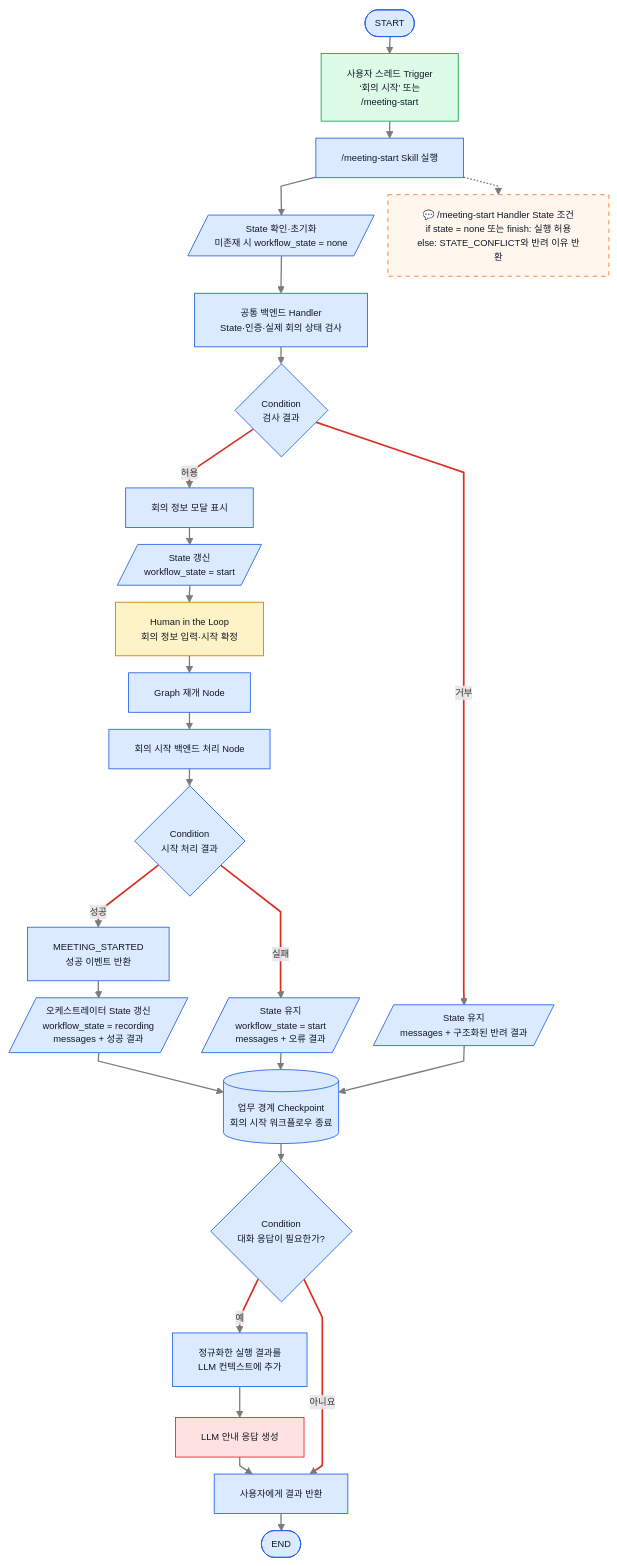
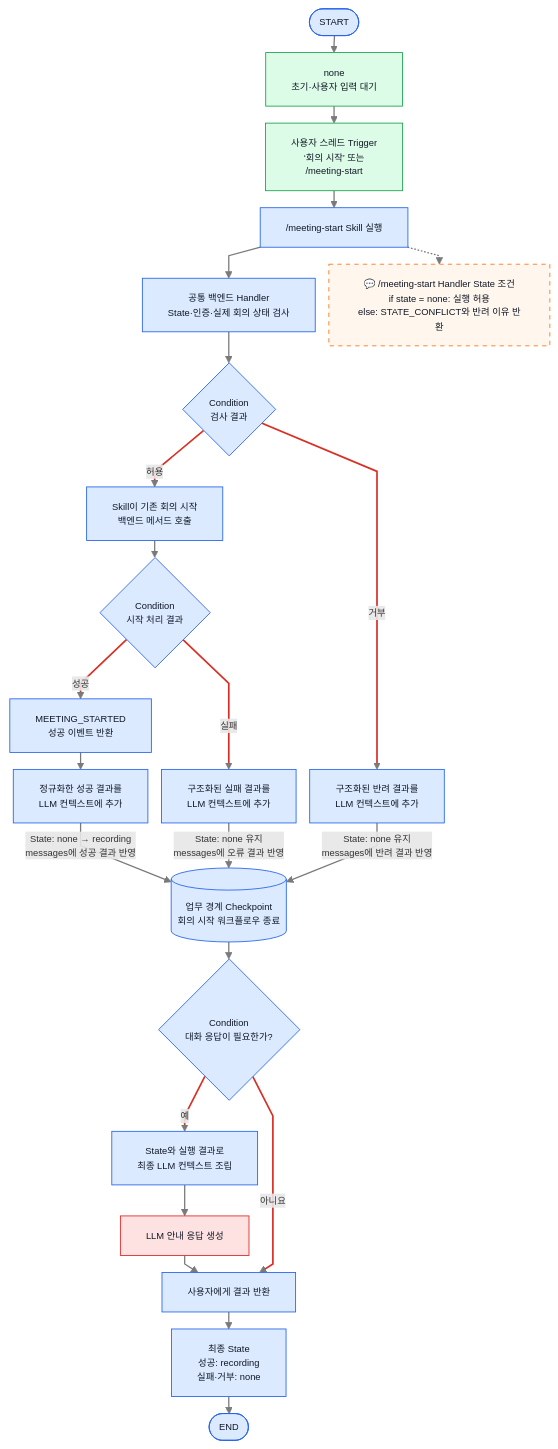
One commit to ericyum/Obsidian changed the fifth of 11 diagrams in ZENAI/에이전트 설계/회의록 에이전트 설계/1. 회의록 에이전트 워크플로우 graph 정의.md. Above: the diagram before and after it, drawn with Mermaid. The commit also changed other lines of this file and 6 other files, not shown here.

````diff
--- a/ZENAI/에이전트 설계/회의록 에이전트 설계/1. 회의록 에이전트 워크플로우 graph 정의.md
+++ b/ZENAI/에이전트 설계/회의록 에이전트 설계/1. 회의록 에이전트 워크플로우 graph 정의.md
@@ -146,41 +190,40 @@
 ```mermaid
 %%{init: {"flowchart": {"useMaxWidth": true, "nodeSpacing": 16, "rankSpacing": 20, "curve": "linear"}, "themeVariables": {"fontSize": "11px"}}}%%
 flowchart TB
-    S(["START"]) --> U["사용자 스레드 Trigger<br/>‘회의 시작’ 또는<br/>/meeting-start"]
+    S(["START"]) --> IS["none<br/>초기·사용자 입력 대기"]
+    IS --> U["사용자 스레드 Trigger<br/>‘회의 시작’ 또는<br/>/meeting-start"]
     U --> SK["/meeting-start Skill 실행"]
-    SK --> IN[/"State 확인·초기화<br/>미존재 시 workflow_state = none"/]
-    IN --> V["공통 백엔드 Handler<br/>State·인증·실제 회의 상태 검사"]
+    SK --> V["공통 백엔드 Handler<br/>State·인증·실제 회의 상태 검사"]
     V --> VC{"Condition<br/>검사 결과"}
-    VC -->|"허용"| M["회의 정보 모달 표시"]
-    VC -->|"거부"| ER[/"State 유지<br/>messages + 구조화된 반려 결과"/]
-    M --> ST1[/"State 갱신<br/>workflow_state = start"/]
-    ST1 --> H["Human in the Loop<br/>회의 정보 입력·시작 확정"]
-    H --> R["Graph 재개 Node"]
-    R --> B["회의 시작 백엔드 처리 Node"]
+    VC -->|"허용"| B["Skill이 기존 회의 시작<br/>백엔드 메서드 호출"]
+    VC -->|"거부"| CR["구조화된 반려 결과를<br/>LLM 컨텍스트에 추가"]
     B --> C{"Condition<br/>시작 처리 결과"}
     C -->|"성공"| EV["MEETING_STARTED<br/>성공 이벤트 반환"]
-    C -->|"실패"| ST3[/"State 유지<br/>workflow_state = start<br/>messages + 오류 결과"/]
-    EV --> ST2[/"오케스트레이터 State 갱신<br/>workflow_state = recording<br/>messages + 성공 결과"/]
-    ST2 --> CP[("업무 경계 Checkpoint<br/>회의 시작 워크플로우 종료")]
-    ST3 --> CP
-    ER --> CP
+    C -->|"실패"| CF["구조화된 실패 결과를<br/>LLM 컨텍스트에 추가"]
+    EV --> CS["정규화한 성공 결과를<br/>LLM 컨텍스트에 추가"]
+    CS -->|"State: none → recording<br/>messages에 성공 결과 반영"| CP[("업무 경계 Checkpoint<br/>회의 시작 워크플로우 종료")]
+    CF -->|"State: none 유지<br/>messages에 오류 결과 반영"| CP
+    CR -->|"State: none 유지<br/>messages에 반려 결과 반영"| CP
     CP --> NR{"Condition<br/>대화 응답이 필요한가?"}
-    NR -->|"예"| CX["정규화한 실행 결과를<br/>LLM 컨텍스트에 추가"]
+    NR -->|"예"| CX["State와 실행 결과로<br/>최종 LLM 컨텍스트 조립"]
     CX --> L["LLM 안내 응답 생성"]
     L --> OUT["사용자에게 결과 반환"]
     NR -->|"아니요"| OUT
-    OUT --> E(["END"])
-    SK -.-> N1["💬 /meeting-start Handler State 조건<br/>if state = none 또는 finish: 실행 허용<br/>else: STATE_CONFLICT와 반려 이유 반환"]
+    OUT --> FS["최종 State<br/>성공: recording<br/>실패·거부: none"]
+    FS --> E(["END"])
+    SK -.-> N1["💬 /meeting-start Handler State 조건<br/>if state = none: 실행 허용<br/>else: STATE_CONFLICT와 반려 이유 반환"]
     classDef user fill:#dcfce7,stroke:#16a34a,color:#111827;
-    classDef hitl fill:#fef3c7,stroke:#d97706,color:#111827;
     classDef internal fill:#dbeafe,stroke:#2563eb,color:#111827;
     classDef llm fill:#fee2e2,stroke:#dc2626,color:#111827;
+    classDef state fill:#dbeafe,stroke:#2563eb,color:#111827;
+    classDef idle fill:#dcfce7,stroke:#16a34a,color:#111827;
     classDef note fill:#fff7ed,stroke:#f97316,color:#111827,stroke-dasharray: 5 5;
     class U user;
-    class H hitl;
     class L llm;
+    class IS idle;
+    class FS state;
     class N1 note;
-    class S,SK,IN,V,VC,M,ER,ST1,R,B,C,EV,ST2,ST3,CP,NR,CX,OUT,E internal;
+    class S,SK,V,VC,B,C,EV,CS,CF,CR,CP,NR,CX,OUT,E internal;
     linkStyle default stroke:#7a7a7a,stroke-width:1.5px;
-    linkStyle 5,6,12,13,19,22 stroke:#d93025,stroke-width:2px;
+    linkStyle 5,6,8,9,15,18 stroke:#d93025,stroke-width:2px;
 ```
````
